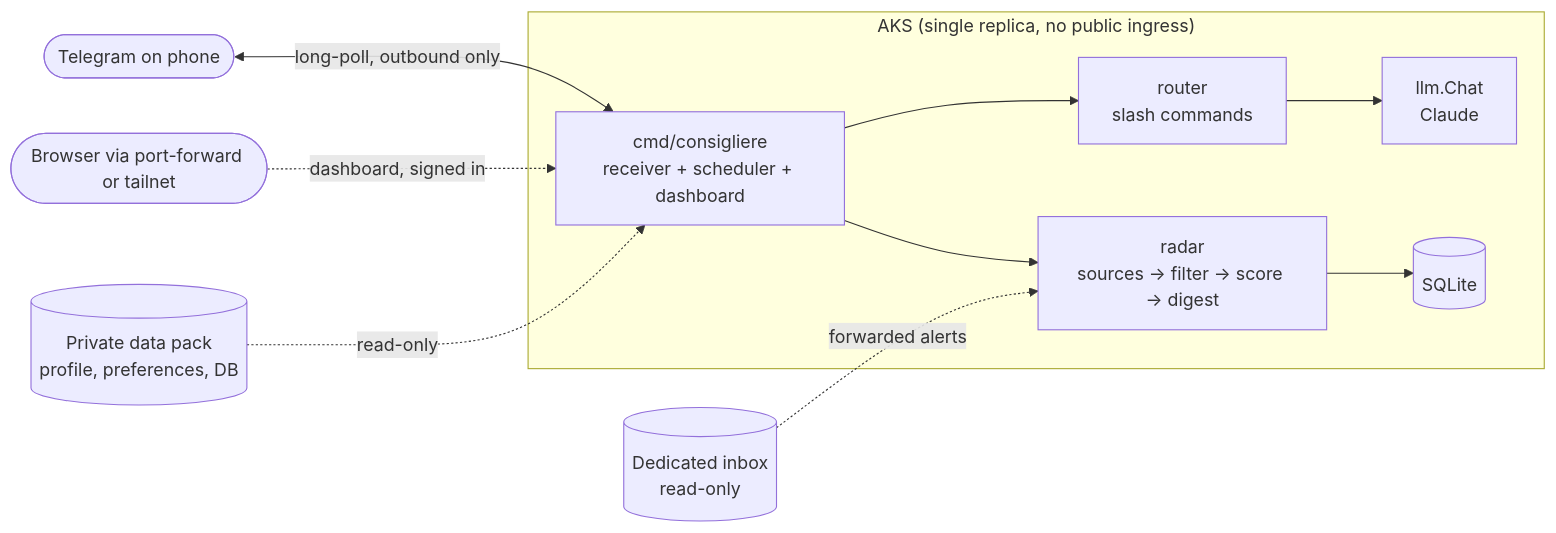
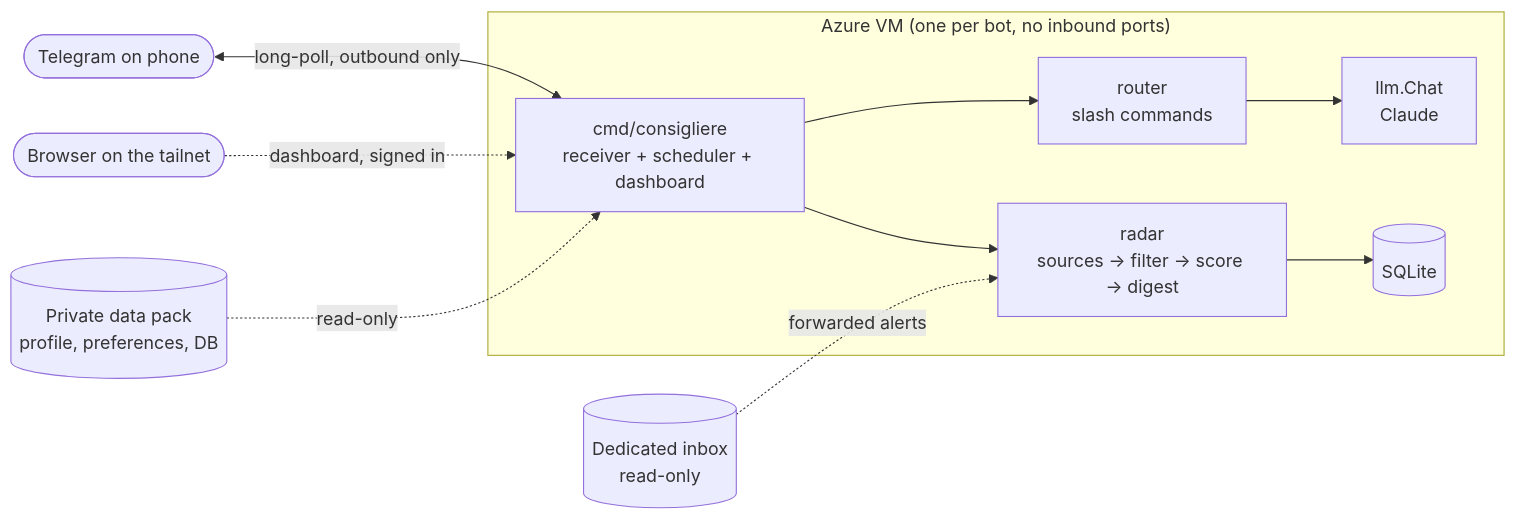
One commit to ahpalmer/Consigliere changed the diagram in README.md. Above: the diagram before and after it, drawn with Mermaid. The commit also changed other lines of this file and 44 other files, not shown here.

First line of the commit message:
Move from AKS to one small VM per bot (M12)

````diff
--- a/README.md
+++ b/README.md
@@ -7,14 +7,14 @@
 ```mermaid
 flowchart LR
     phone([Telegram on phone]) <-- long-poll, outbound only --> host
-    browser([Browser via port-forward or tailnet]) -. dashboard, signed in .-> host
-    subgraph AKS["AKS (single replica, no public ingress)"]
+    browser([Browser on the tailnet]) -. dashboard, signed in .-> host
+    subgraph VM["Azure VM (one per bot, no inbound ports)"]
         host[cmd/consigliere<br/>receiver + scheduler + dashboard]
         host --> router[router<br/>slash commands]
         router --> chat[llm.Chat<br/>Claude]
         host --> radar[radar<br/>sources → filter → score → digest]
         radar --> db[(SQLite)]
     end
     pack[(Private data pack<br/>profile, preferences, DB)] -. read-only .-> host
     inbox[(Dedicated inbox<br/>read-only)] -. forwarded alerts .-> radar
 ```
````
